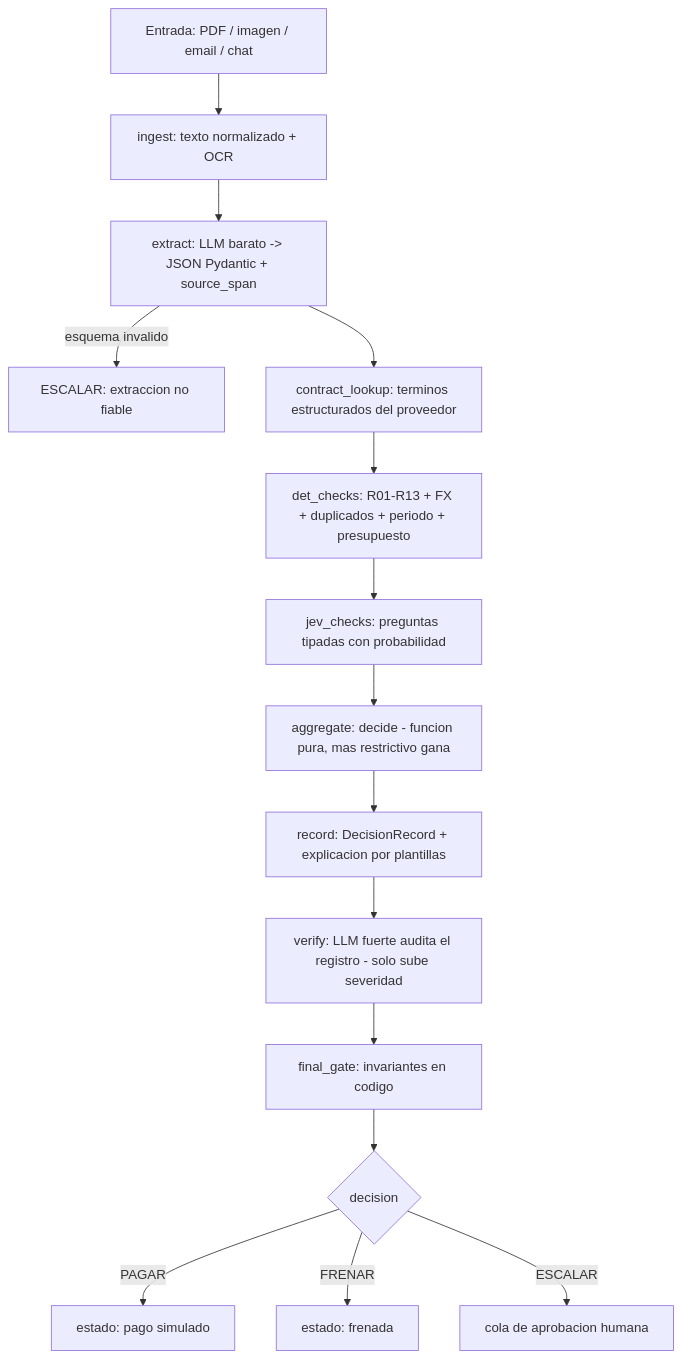
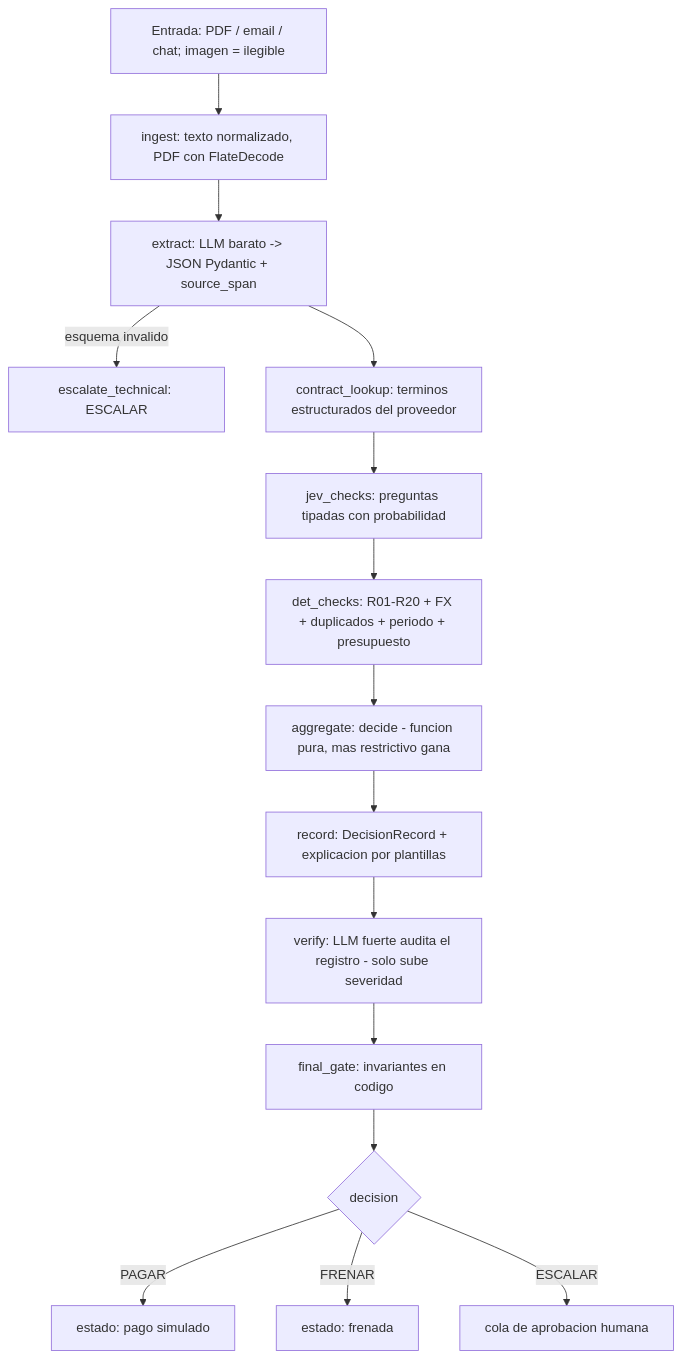
The diagram in docs/02_ARCHITECTURE.md (Juan-GuevaraBusta/30x-blinka), drawn with Mermaid before and after one commit. The commit also changed other lines of this file and 5 other files, not shown here.

Commit message:
docs: align architecture doc with the code and add T9.6 per-account config spec (D062)

````diff
--- a/docs/02_ARCHITECTURE.md
+++ b/docs/02_ARCHITECTURE.md
@@ -11,17 +11,17 @@
 ```mermaid
 flowchart TD
-  A[Entrada: PDF / imagen / email / chat] --> B[ingest: texto normalizado + OCR]
+  A[Entrada: PDF / email / chat; imagen = ilegible] --> B[ingest: texto normalizado, PDF con FlateDecode]
   B --> C[extract: LLM barato -> JSON Pydantic + source_span]
-  C -->|esquema invalido| X[ESCALAR: extraccion no fiable]
+  C -->|esquema invalido| X[escalate_technical: ESCALAR]
   C --> D[contract_lookup: terminos estructurados del proveedor]
-  D --> E[det_checks: R01-R13 + FX + duplicados + periodo + presupuesto]
-  E --> F[jev_checks: preguntas tipadas con probabilidad]
-  F --> G[aggregate: decide - funcion pura, mas restrictivo gana]
+  D --> F[jev_checks: preguntas tipadas con probabilidad]
+  F --> E[det_checks: R01-R20 + FX + duplicados + periodo + presupuesto]
+  E --> G[aggregate: decide - funcion pura, mas restrictivo gana]
   G --> H[record: DecisionRecord + explicacion por plantillas]
   H --> I[verify: LLM fuerte audita el registro - solo sube severidad]
   I --> J[final_gate: invariantes en codigo]
   J --> K{decision}
   K -->|PAGAR| L[estado: pago simulado]
   K -->|FRENAR| M[estado: frenada]
   K -->|ESCALAR| N[cola de aprobacion humana]
 ```
````
